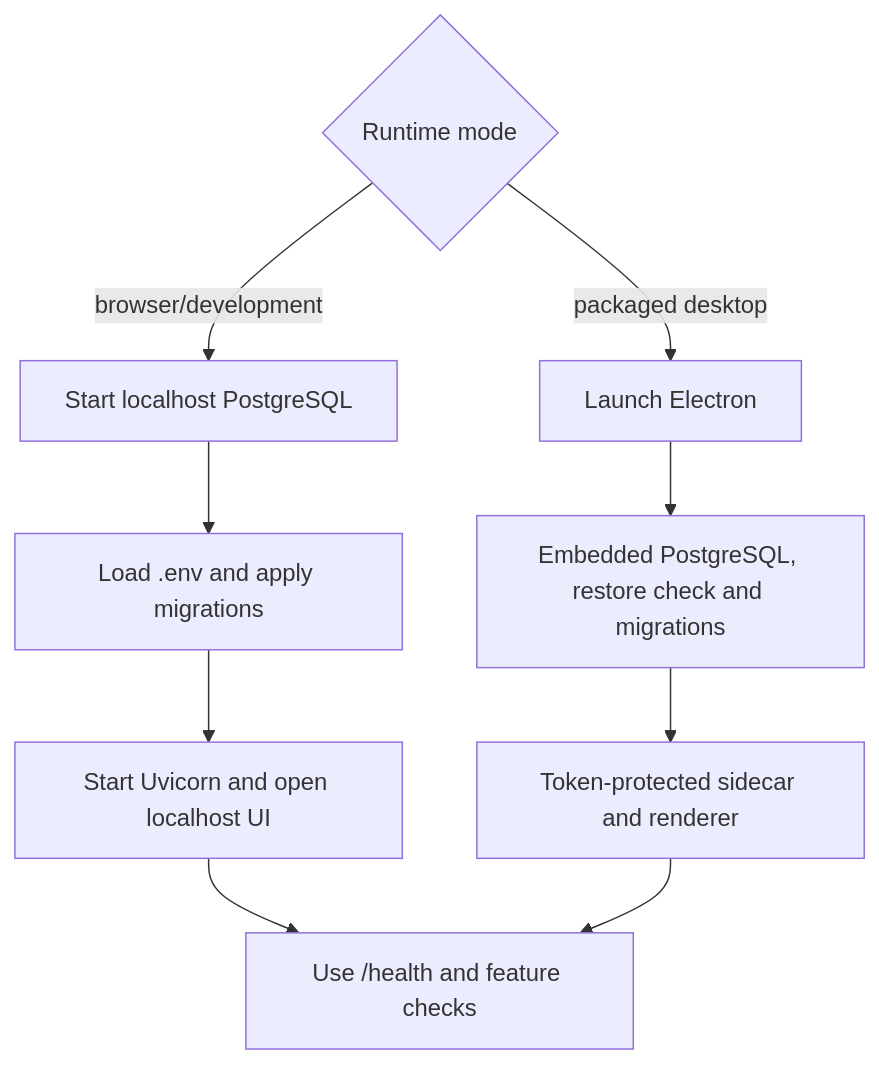
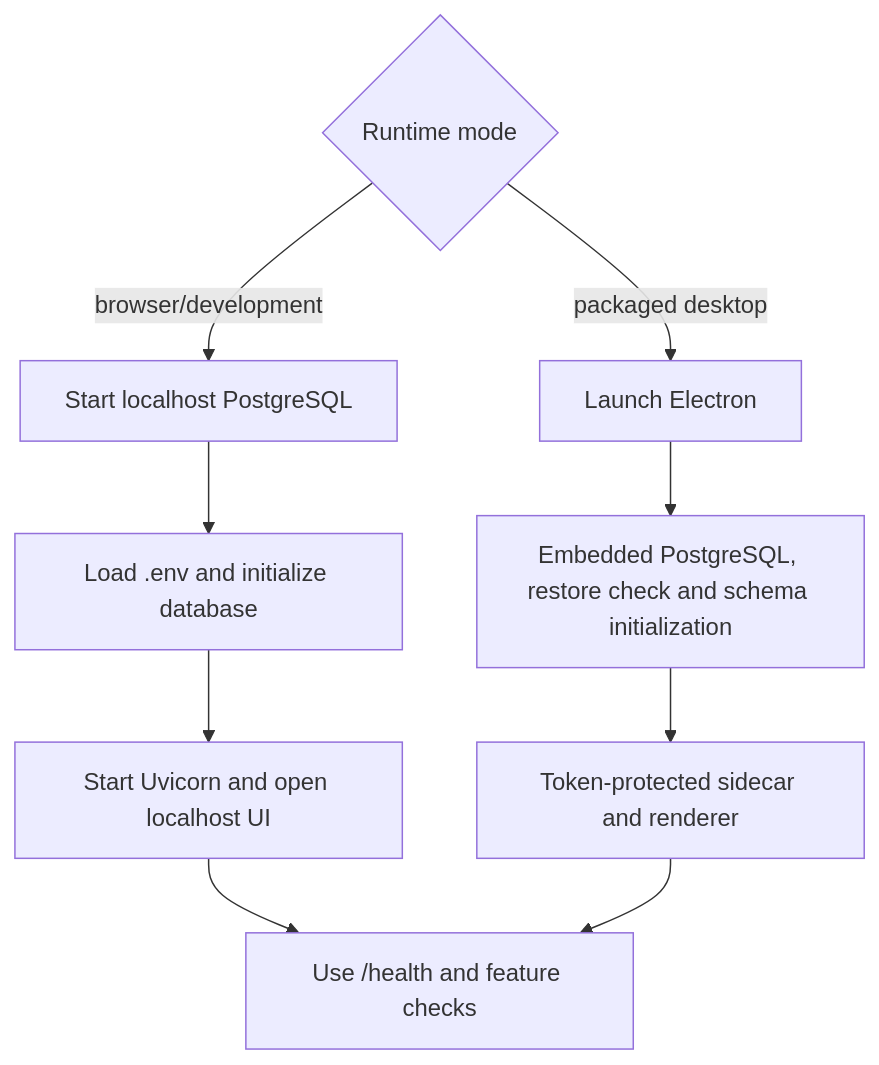
The first of 2 diagrams in docs/modules/operations.md (KaiusJin/WeCanFindIntern), drawn with Mermaid before and after one commit. The commit also changed other lines of this file and 54 other files, not shown here.

````diff
--- a/docs/modules/operations.md
+++ b/docs/modules/operations.md
@@ -35,11 +35,11 @@
 ```mermaid
 flowchart TD
     A{Runtime mode} -->|browser/development| B[Start localhost PostgreSQL]
-    B --> C[Load .env and apply migrations]
+    B --> C[Load .env and initialize database]
     C --> D[Start Uvicorn and open localhost UI]
     A -->|packaged desktop| E[Launch Electron]
-    E --> F[Embedded PostgreSQL, restore check and migrations]
+    E --> F[Embedded PostgreSQL, restore check and schema initialization]
     F --> G[Token-protected sidecar and renderer]
     D --> H[Use /health and feature checks]
     G --> H
 ```
````
